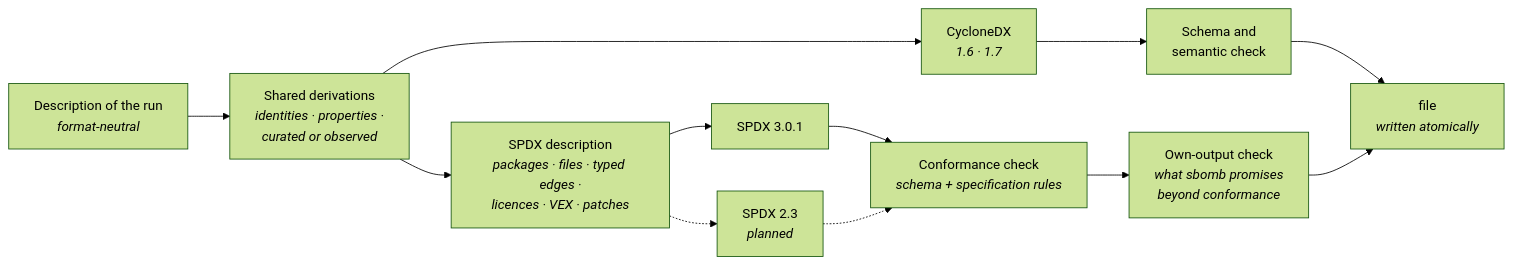
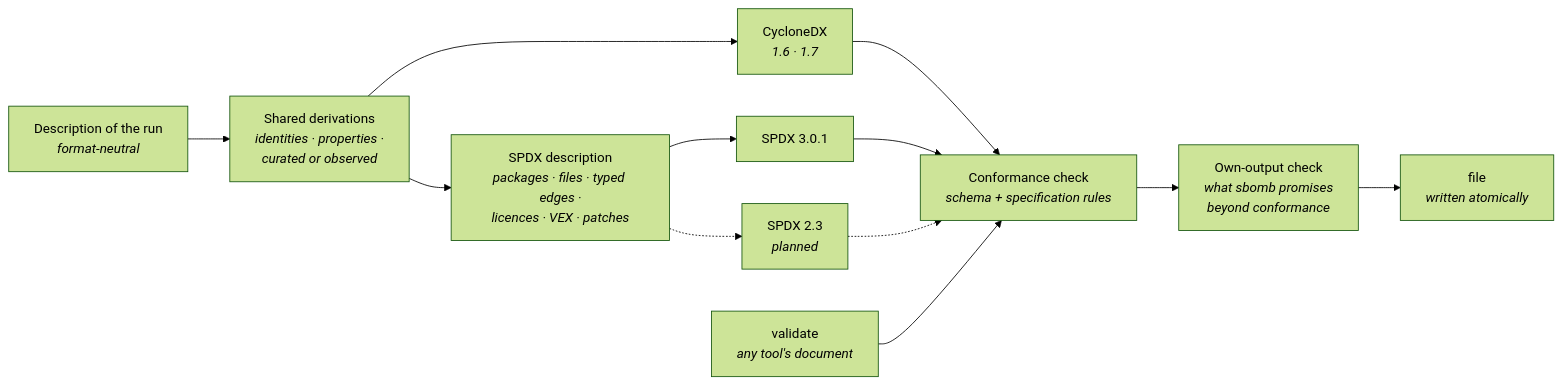
The eighth of 8 diagrams in docs/architecture.md (Andste82/sbomb), drawn with Mermaid (forest theme) before and after one commit. The commit also changed other lines of this file and 7 other files, not shown here.

````diff
--- a/docs/architecture.md
+++ b/docs/architecture.md
@@ -401,14 +480,14 @@
 ```mermaid
 flowchart LR
     D["Description of the run<br/><i>format-neutral</i>"] --> S["Shared derivations<br/><i>identities · properties ·<br/>curated or observed</i>"]
     S --> C["CycloneDX<br/><i>1.6 · 1.7</i>"]
     S --> M["SPDX description<br/><i>packages · files · typed edges ·<br/>licences · VEX · patches</i>"]
     M --> R3["SPDX 3.0.1"]
     M -.-> R2["SPDX 2.3<br/><i>planned</i>"]
-    C --> VC["Schema and<br/>semantic check"]
-    R3 --> V["Conformance check<br/><i>schema + specification rules</i>"]
+    C --> V["Conformance check<br/><i>schema + specification rules</i>"]
+    R3 --> V
     R2 -.-> V
+    X["validate<br/><i>any tool's document</i>"] --> V
     V --> O["Own-output check<br/><i>what sbomb promises<br/>beyond conformance</i>"]
-    VC --> F["file<br/><i>written atomically</i>"]
-    O --> F
+    O --> F["file<br/><i>written atomically</i>"]
 ```
````
